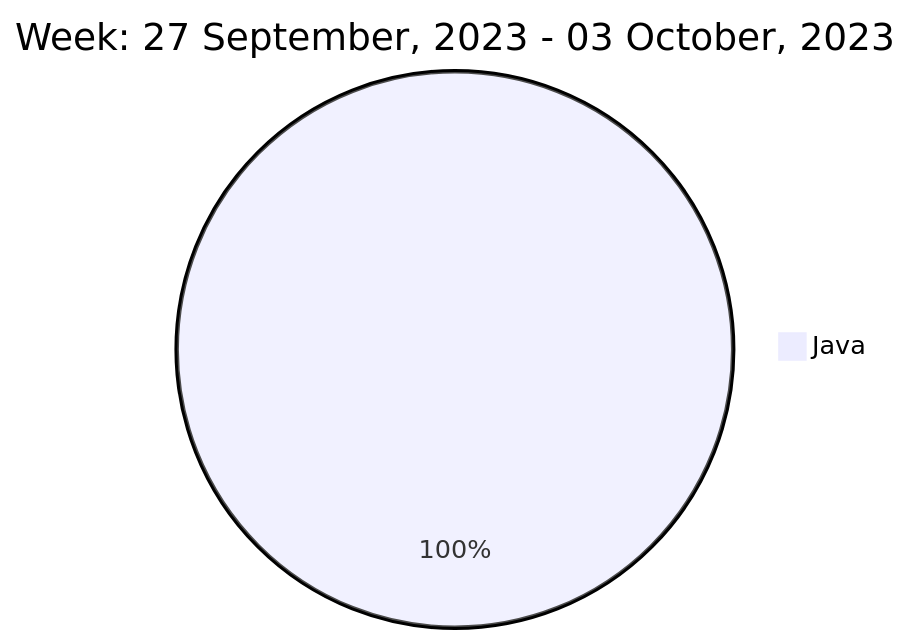
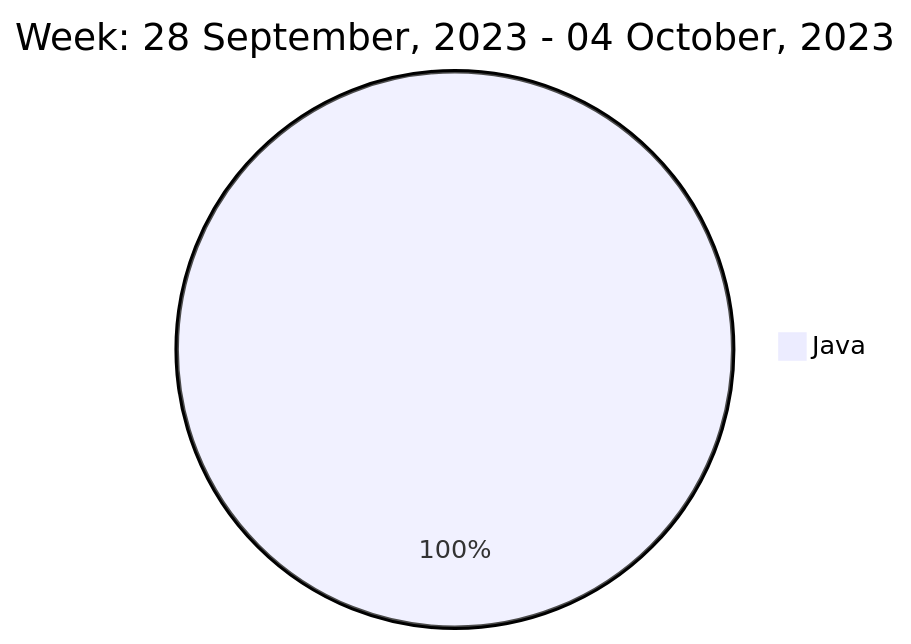
The diagram in README.md (liubin95/liubin95), drawn with Mermaid before and after one commit.

Commit message:
Updated the Graph with new Metrics

````diff
--- a/README.md
+++ b/README.md
@@ -40,5 +40,5 @@
 ```mermaid
  pie
-title Week: 27 September, 2023 - 03 October, 2023
- "Java" : 1.12
+title Week: 28 September, 2023 - 04 October, 2023
+ "Java" : 0.47
 ```
````
